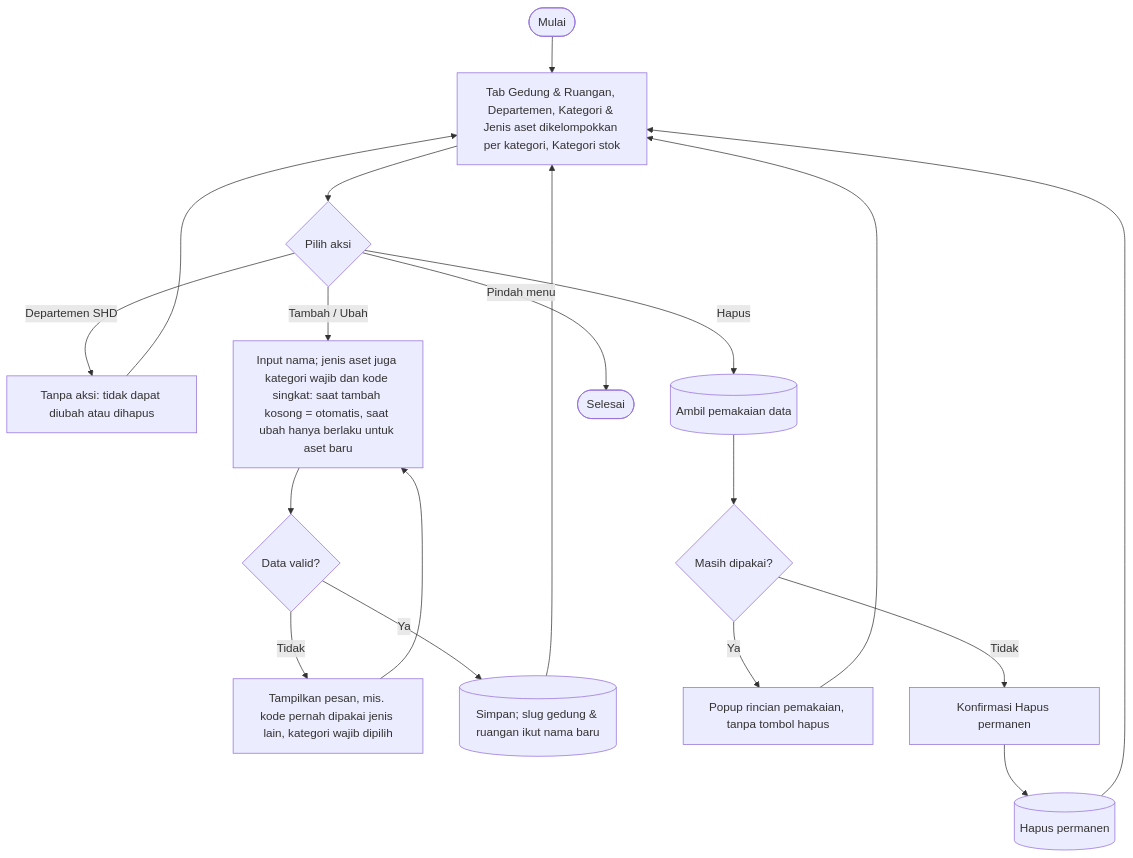
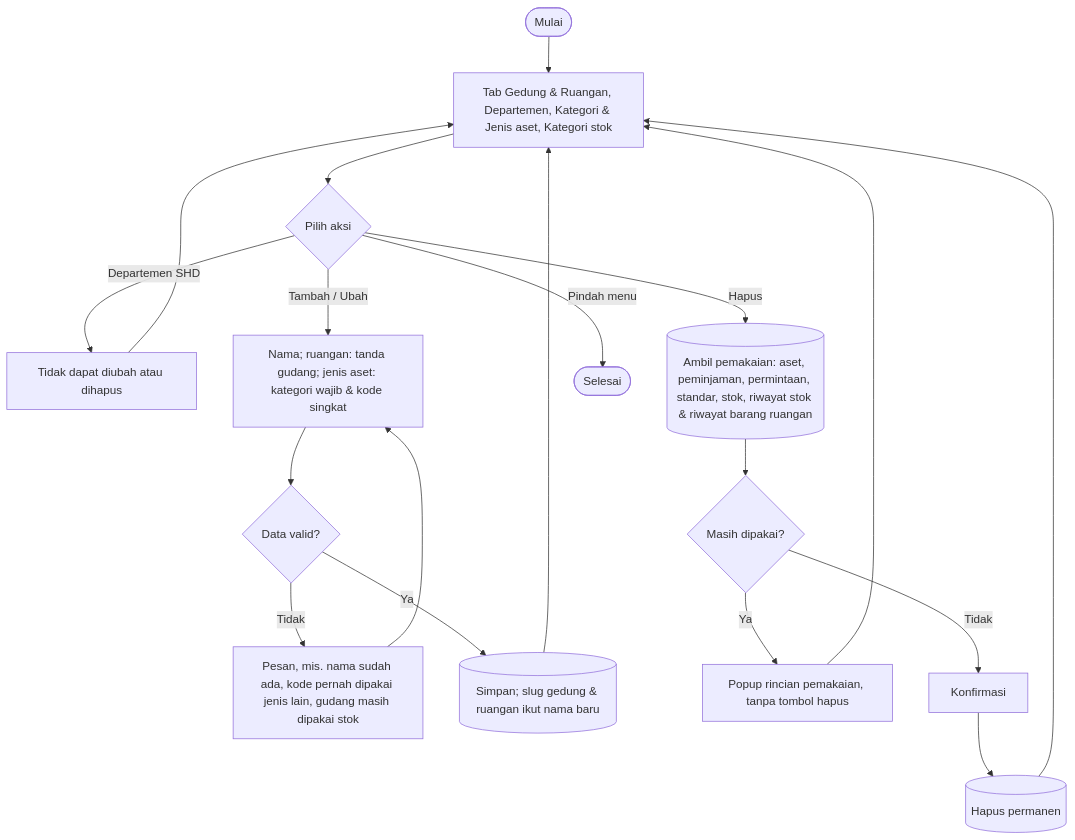
Before and after one commit to mrizqihidayat/system-tracking-asset: the ninth of 9 diagrams in docs/flowchart.md, drawn with Mermaid. The commit also changed other lines of this file and 3 other files, not shown here.

Commit message:
Tambah test case manual dan flowchart draw.io yang dibuat dari flowchart.md

````diff
--- a/docs/flowchart.md
+++ b/docs/flowchart.md
@@ -330,17 +249,13 @@
 ```mermaid
 flowchart TD
-    A([Mulai]) --> B[Tab Gedung & Ruangan, Departemen, Kategori & Jenis aset dikelompokkan per kategori, Kategori stok]
+    A([Mulai]) --> B[Tab Gedung & Ruangan, Departemen, Kategori & Jenis aset, Kategori stok]
     B --> C{Pilih aksi}
-
-    C -- Departemen SHD --> C1[Tanpa aksi: tidak dapat diubah atau dihapus] --> B
-
-    C -- Tambah / Ubah --> T1[Input nama; jenis aset juga kategori wajib dan kode singkat: saat tambah kosong = otomatis, saat ubah hanya berlaku untuk aset baru] --> T2{Data valid?}
-    T2 -- Tidak --> T3[Tampilkan pesan, mis. kode pernah dipakai jenis lain, kategori wajib dipilih] --> T1
+    C -- Departemen SHD --> C1[Tidak dapat diubah atau dihapus] --> B
+    C -- Tambah / Ubah --> T1[Nama; ruangan: tanda gudang; jenis aset: kategori wajib & kode singkat] --> T2{Data valid?}
+    T2 -- Tidak --> T3[Pesan, mis. nama sudah ada, kode pernah dipakai jenis lain, gudang masih dipakai stok] --> T1
     T2 -- Ya --> T4[(Simpan; slug gedung & ruangan ikut nama baru)] --> B
-
-    C -- Hapus --> H1[(Ambil pemakaian data)] --> H2{Masih dipakai?}
+    C -- Hapus --> H1[(Ambil pemakaian: aset, peminjaman, permintaan, standar, stok, riwayat stok & riwayat barang ruangan)] --> H2{Masih dipakai?}
     H2 -- Ya --> H3[Popup rincian pemakaian, tanpa tombol hapus] --> B
-    H2 -- Tidak --> H4[Konfirmasi Hapus permanen] --> H5[(Hapus permanen)] --> B
-
+    H2 -- Tidak --> H4[Konfirmasi] --> H5[(Hapus permanen)] --> B
     C -- Pindah menu --> Z([Selesai])
 ```
````
